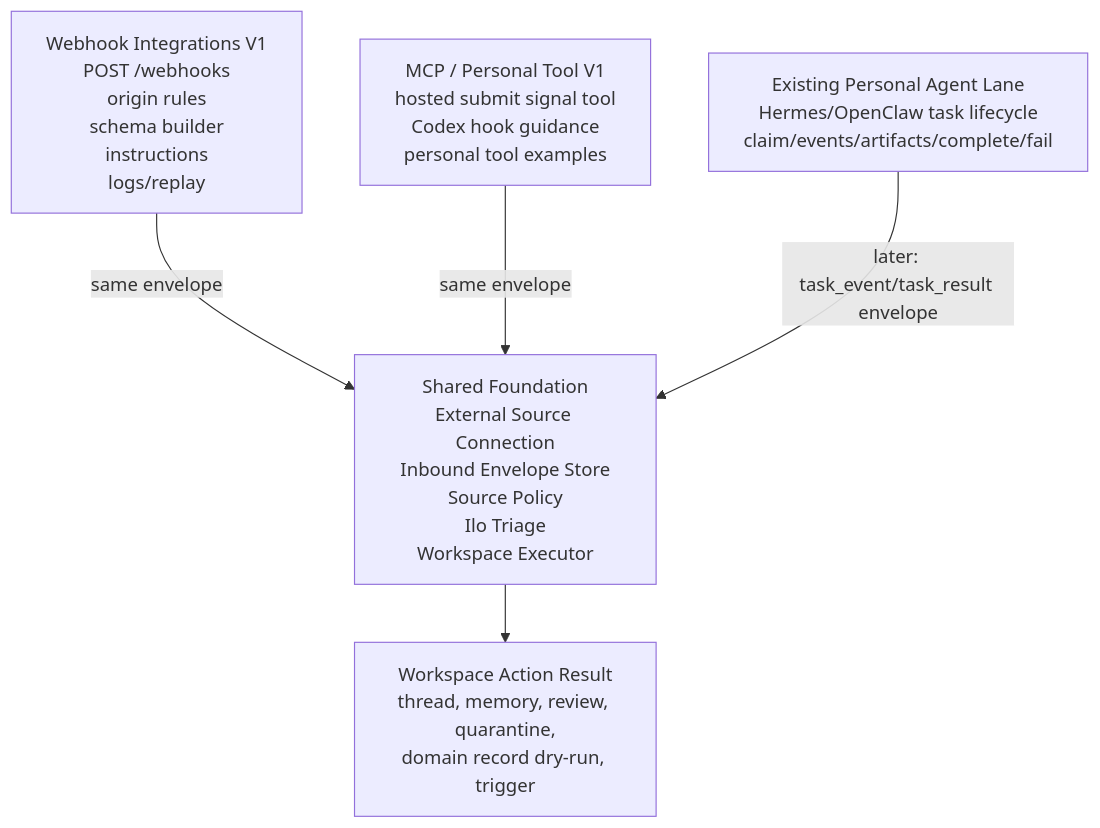
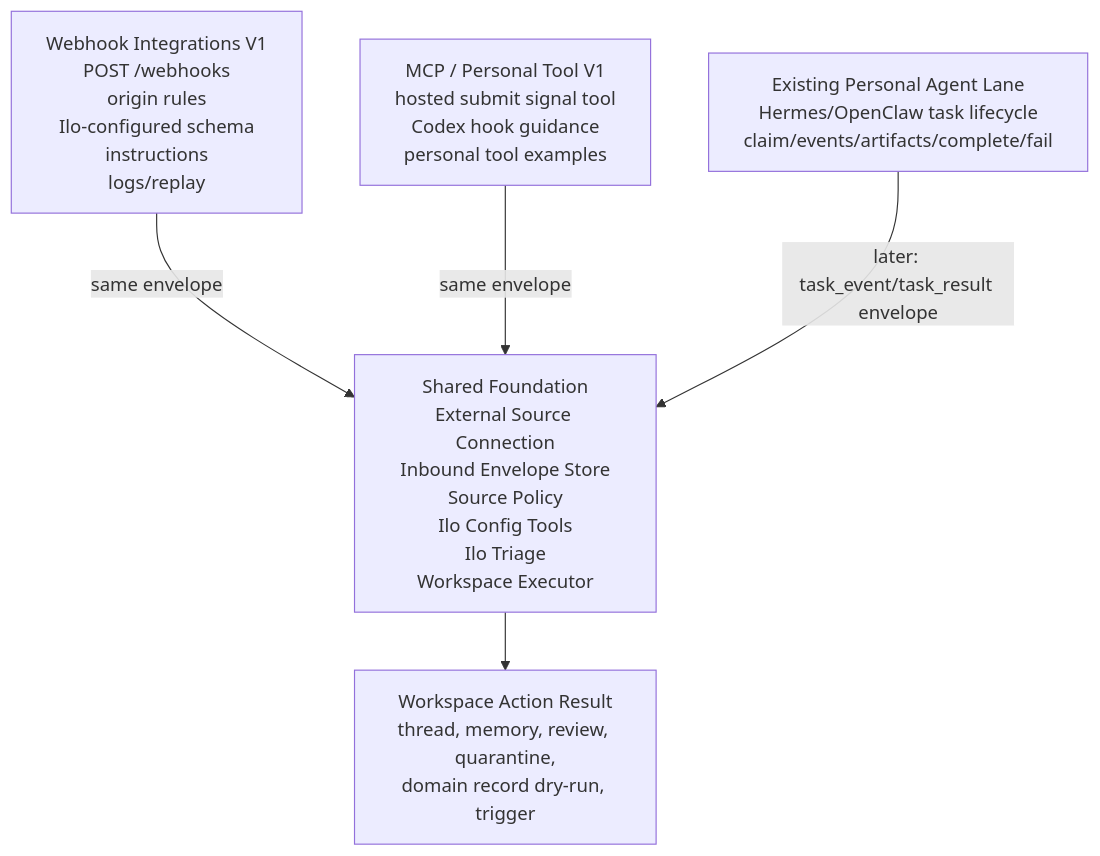
The sixth of 6 diagrams in docs/prd-inbound-coordination-layer.md (Illospace/illospace), drawn with Mermaid before and after one commit. The commit also changed other lines of this file, not shown here.

````diff
--- a/docs/prd-inbound-coordination-layer.md
+++ b/docs/prd-inbound-coordination-layer.md
@@ -357,16 +372,16 @@
 ```mermaid
 flowchart TD
-    Foundation["Shared Foundation<br/>External Source Connection<br/>Inbound Envelope Store<br/>Source Policy<br/>Ilo Triage<br/>Workspace Executor"]
+    Foundation["Shared Foundation<br/>External Source Connection<br/>Inbound Envelope Store<br/>Source Policy<br/>Ilo Config Tools<br/>Ilo Triage<br/>Workspace Executor"]
 
-    Webhook["Webhook Integrations V1<br/>POST /webhooks<br/>origin rules<br/>schema builder<br/>instructions<br/>logs/replay"]
+    Webhook["Webhook Integrations V1<br/>POST /webhooks<br/>origin rules<br/>Ilo-configured schema<br/>instructions<br/>logs/replay"]
 
     MCP["MCP / Personal Tool V1<br/>hosted submit signal tool<br/>Codex hook guidance<br/>personal tool examples"]
 
     Agents["Existing Personal Agent Lane<br/>Hermes/OpenClaw task lifecycle<br/>claim/events/artifacts/complete/fail"]
 
     Webhook -->|"same envelope"| Foundation
     MCP -->|"same envelope"| Foundation
     Agents -->|"later: task_event/task_result envelope"| Foundation
 
     Foundation --> Action["Workspace Action Result<br/>thread, memory, review, quarantine,<br/>domain record dry-run, trigger"]
 ```
````
